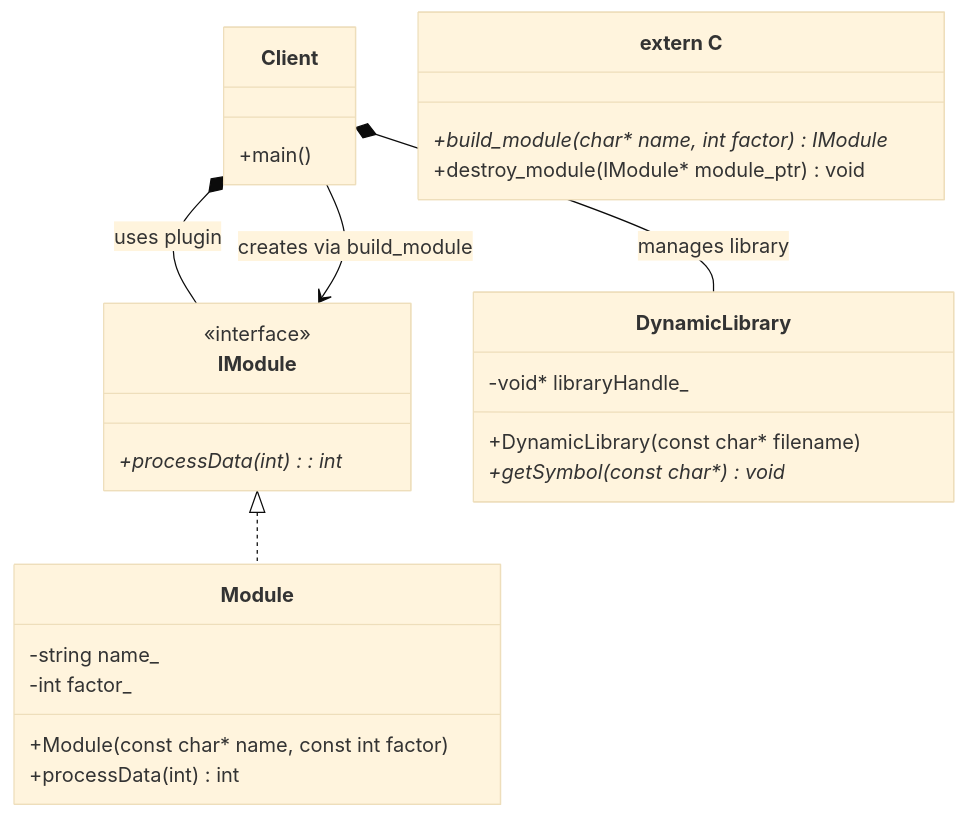
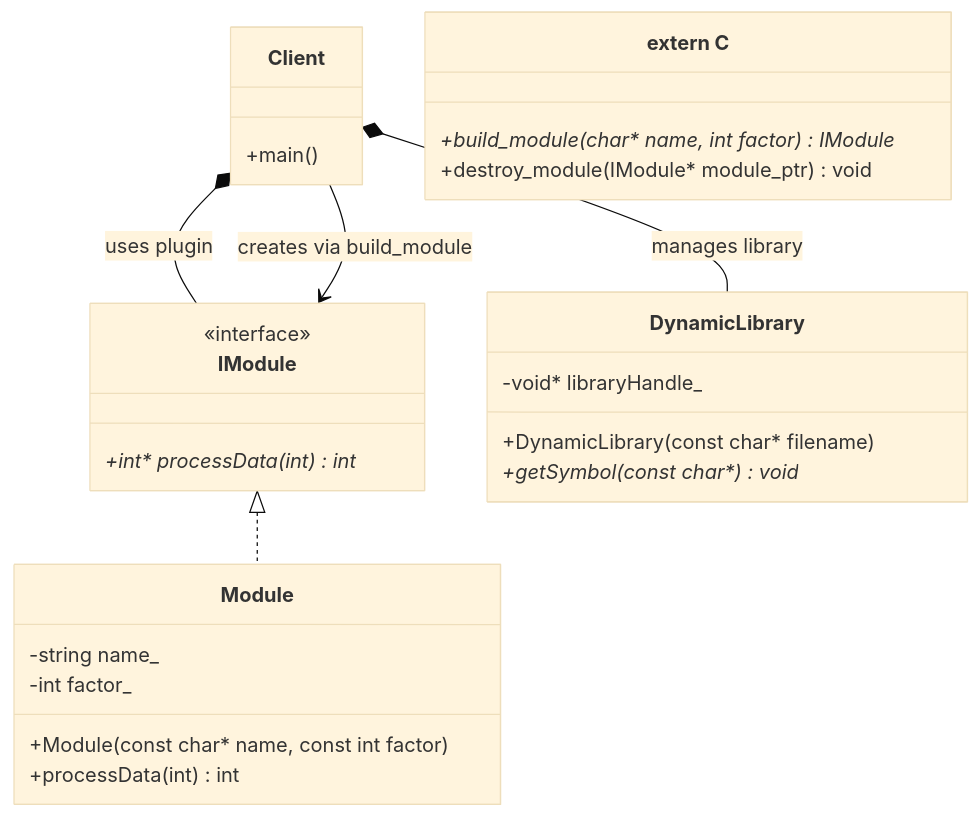
One commit to Cichlidfishexigency721/Modern-CPP-Design-Patterns changed the diagram in 17_ModuleLoader/diagram.md. Above: the diagram before and after it, drawn with Mermaid (base theme).

Commit message:
UML improvement

````diff
--- a/17_ModuleLoader/diagram.md
+++ b/17_ModuleLoader/diagram.md
@@ -3,41 +3,41 @@
 ```mermaid
 classDiagram
    class Client {
       +main()
    }
 
    class IModule {
       <<interface>>
-      +processData(int) : int*
+      +int* processData(int) int*
    }
 
    class Module {
       -string name_
       -int factor_
       +Module(const char* name, const int factor)
       +processData(int) int
    }
 
    class DynamicLibrary {
       -void* libraryHandle_
       +DynamicLibrary(const char* filename)
       +getSymbol(const char*) void*
    }
 
    class Functions["extern C"] {
-      +build_module(char* name, int factor) IModule* 
+      +build_module(char* name, int factor) IModule*
       +destroy_module(IModule* module_ptr) void
    }
 
    %% Inheritance (Implements)
    IModule <|.. Module
 
    %% The Client owns the RAII wrapper for the library
    Client *-- DynamicLibrary : manages library
 
    %% The Client owns the module instance via unique_ptr
    Client *-- IModule : uses plugin
 
    %% The Client depends on the factory functions exported by the .so
    Client --> IModule : creates via build_module
 ```
````
